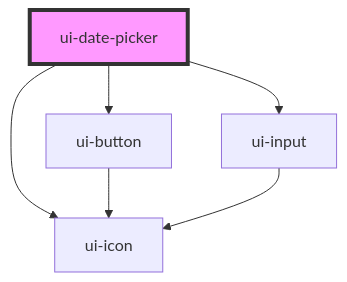
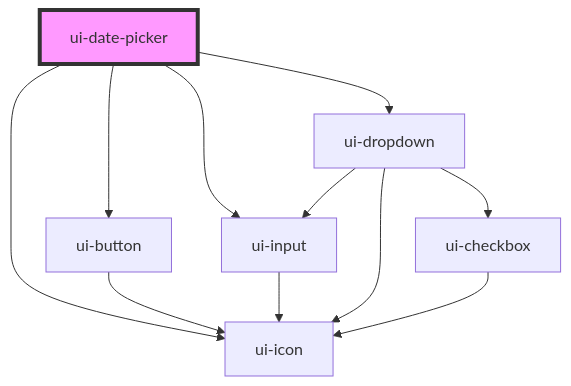
Before and after one commit to karan-technous/web-componenets-custome-lib: the diagram in ui-platform/packages/web-components/src/components/ui-date-picker/readme.md, drawn with Mermaid. The commit also changed other lines of this file and 38 other files, not shown here.

````diff
--- a/ui-platform/packages/web-components/src/components/ui-date-picker/readme.md
+++ b/ui-platform/packages/web-components/src/components/ui-date-picker/readme.md
@@ -56,9 +59,14 @@
 ```mermaid
 graph TD;
   ui-date-picker --> ui-button
   ui-date-picker --> ui-icon
   ui-date-picker --> ui-input
+  ui-date-picker --> ui-dropdown
   ui-button --> ui-icon
   ui-input --> ui-icon
+  ui-dropdown --> ui-icon
+  ui-dropdown --> ui-input
+  ui-dropdown --> ui-checkbox
+  ui-checkbox --> ui-icon
   style ui-date-picker fill:#f9f,stroke:#333,stroke-width:4px
 ```
````
